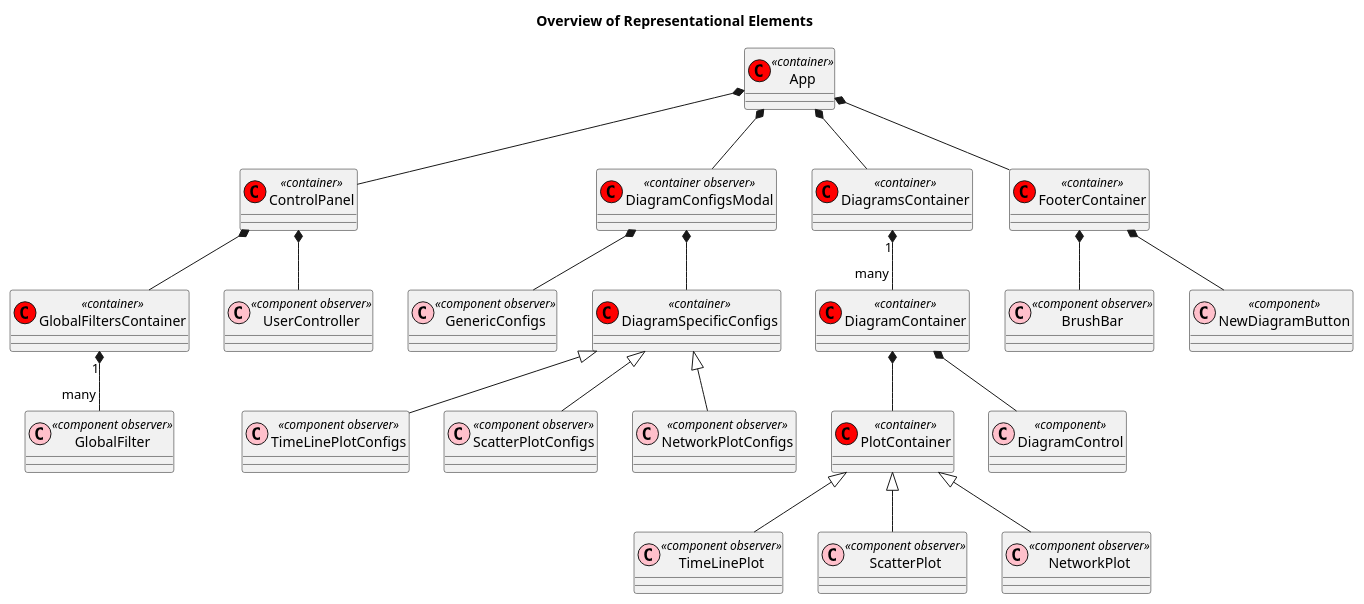
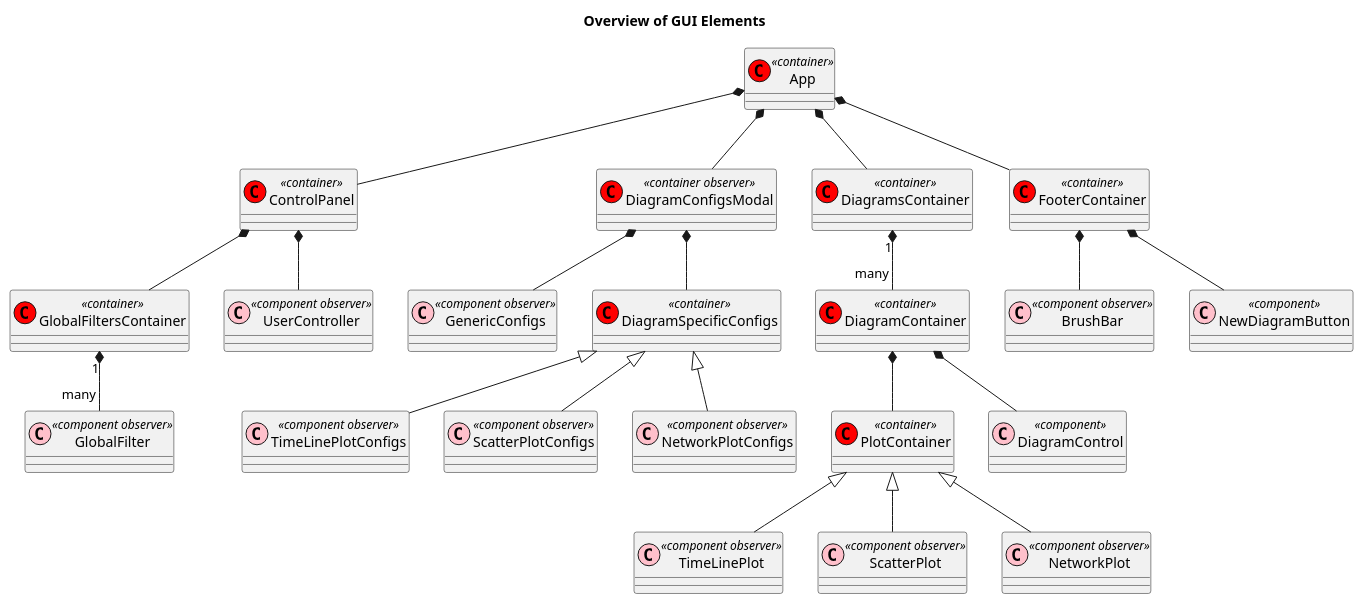
Before and after one commit to hexrcs/frontend-demo: the diagram in docs/diagrams/src/overview.wsd, drawn with PlantUML.

Commit message:
Rename diagram

```diff
--- a/docs/diagrams/src/overview.wsd
+++ b/docs/diagrams/src/overview.wsd
@@ -1,94 +1,94 @@
 @startuml
-title Overview of Representational Elements
+title Overview of GUI Elements
 
 class App << (C,red) container >> {
 }
 
 class ControlPanel << (C,red) container >> {
 }
 
 class GlobalFiltersContainer << (C,red) container >> {
 }
 
 class GlobalFilter << (C,pink) component observer >> {
 }
 
 class UserController << (C,pink) component observer >> {
 }
 
 class DiagramConfigsModal << (C,red) container observer >> {
 }
 
 class GenericConfigs << (C,pink) component observer >> {
 }
 
 class DiagramSpecificConfigs << (C,red) container >> {
 }
 
 class TimeLinePlotConfigs  << (C,pink) component observer >> {
 }
 
 class ScatterPlotConfigs  << (C,pink) component observer >> {
 }
 
 class NetworkPlotConfigs  << (C,pink) component observer >> {
 }
 
 class DiagramsContainer << (C,red) container >> {
 }
 
 class DiagramContainer << (C,red) container >> {
 }
 
 class PlotContainer << (C,red) container >> {
 }
 
 class TimeLinePlot  << (C,pink) component observer >> {
 }
 
 class ScatterPlot  << (C,pink) component observer >> {
 }
 
 class NetworkPlot  << (C,pink) component observer >> {
 }
 
 class DiagramControl << (C,pink) component >> {
 }
 
 class FooterContainer << (C,red) container >> {
 }
 
 class BrushBar << (C,pink) component observer >> {
 }
 
 class NewDiagramButton << (C,pink) component >> {
 }
 
 ' Now the relationship part
 
 App *-- DiagramConfigsModal
 App *-- ControlPanel
 App *-- DiagramsContainer
 App *-- FooterContainer
 
 ControlPanel *-- GlobalFiltersContainer
 GlobalFiltersContainer "1" *-- "many" GlobalFilter
 ControlPanel *-- UserController
 
 DiagramConfigsModal *-- GenericConfigs
 DiagramConfigsModal *-- DiagramSpecificConfigs
 DiagramSpecificConfigs <|-- TimeLinePlotConfigs
 DiagramSpecificConfigs <|-- ScatterPlotConfigs
 DiagramSpecificConfigs <|-- NetworkPlotConfigs
 
 DiagramsContainer "1" *-- "many" DiagramContainer
 DiagramContainer *-- PlotContainer
 PlotContainer <|-- TimeLinePlot
 PlotContainer <|-- ScatterPlot
 PlotContainer <|-- NetworkPlot
 DiagramContainer *-- DiagramControl
 
 FooterContainer *-- BrushBar
 FooterContainer *-- NewDiagramButton
 
 @enduml
```
